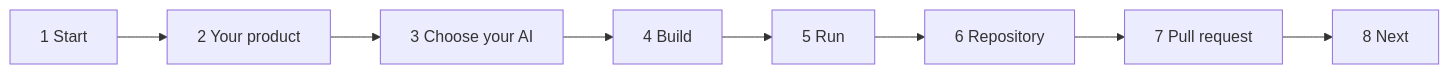
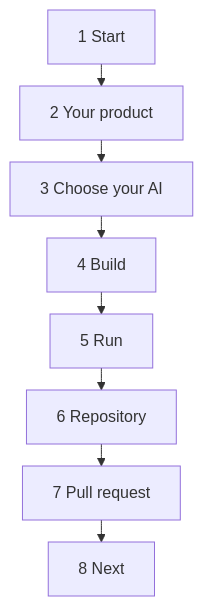
One commit to eclipse-tractusx/tutorial-resources changed the diagram in e2e-testing/docs/index.md. Above: the diagram before and after it, drawn with Mermaid.

Commit message:
docs(e2e-testing): the route on the home page runs top to bottom

````diff
--- a/e2e-testing/docs/index.md
+++ b/e2e-testing/docs/index.md
@@ -40,5 +40,6 @@
 ```mermaid
-flowchart LR
+%%{init: {"flowchart": {"rankSpacing": 22, "nodeSpacing": 20}}}%%
+flowchart TD
     A["1 Start"] --> B["2 Your product"] --> C["3 Choose your AI"] --> D["4 Build"]
     D --> E["5 Run"] --> F["6 Repository"] --> G["7 Pull request"] --> H["8 Next"]
 ```
````
